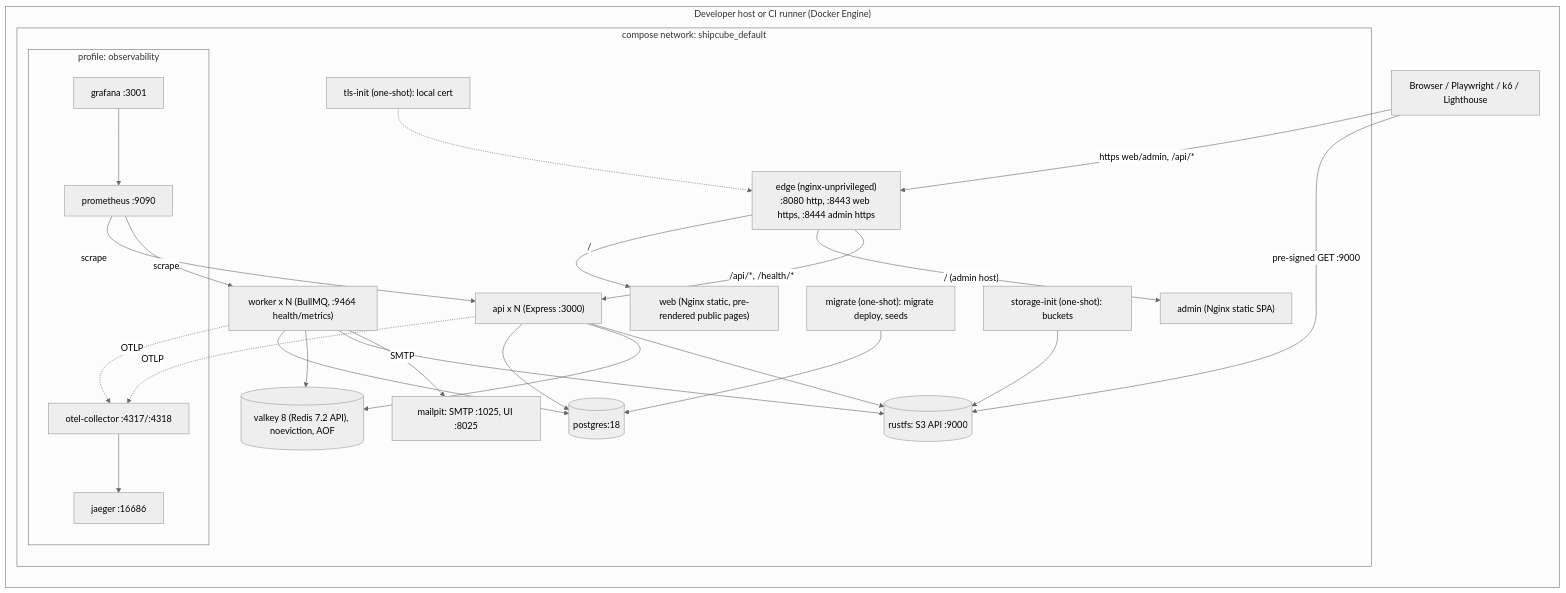
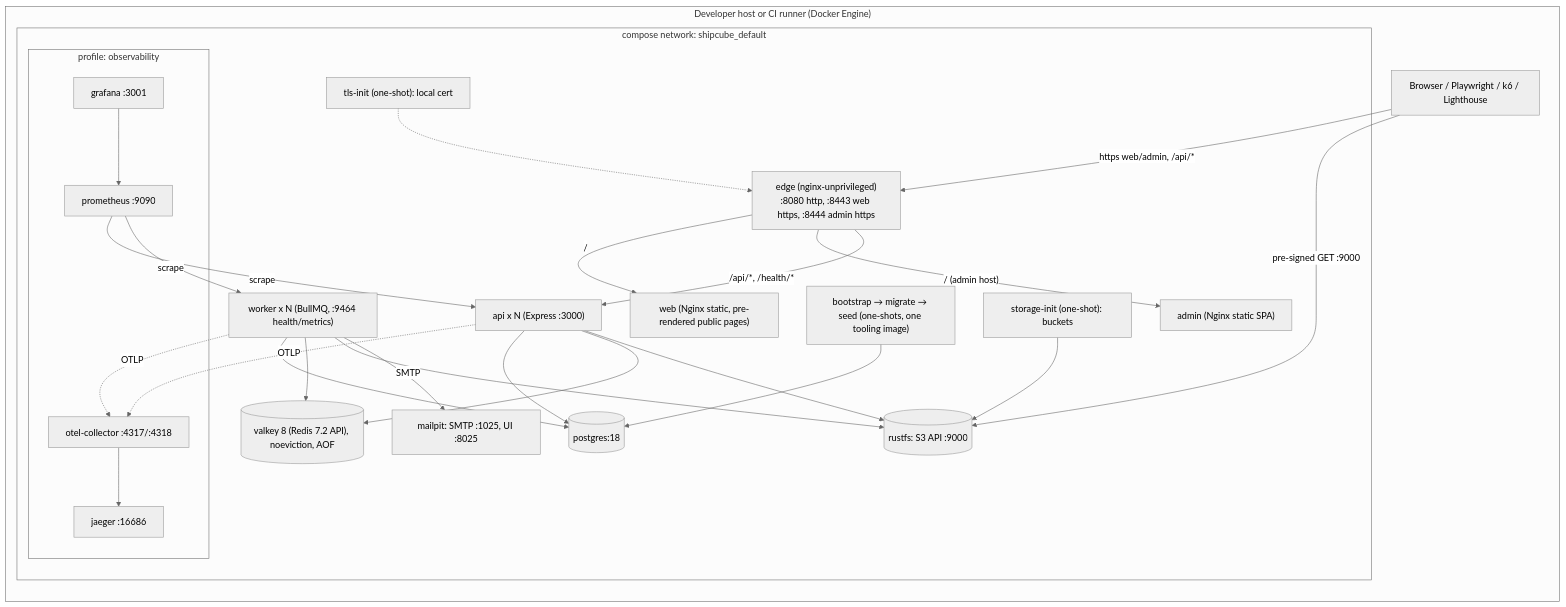
Before and after one commit to sukhchdit/shipcube: the first of 4 diagrams in docs/03-architecture/platform.md, drawn with Mermaid (neutral theme). The commit also changed other lines of this file and 10 other files, not shown here.

Commit message:
docs(architecture): TASK-014 image rulings (D-ARCH-116..118), OI-03/OI-08 resolved

````diff
--- a/docs/03-architecture/platform.md
+++ b/docs/03-architecture/platform.md
@@ -144,47 +147,47 @@
 ```mermaid
 flowchart LR
   subgraph HOST["Developer host or CI runner (Docker Engine)"]
     B["Browser / Playwright / k6 / Lighthouse"]
     subgraph NET["compose network: shipcube_default"]
       EDGE["edge (nginx-unprivileged)<br/>:8080 http, :8443 web https, :8444 admin https"]
       WEB["web (Nginx static, pre-rendered public pages)"]
       ADMIN["admin (Nginx static SPA)"]
       API["api x N (Express :3000)"]
       WRK["worker x N (BullMQ, :9464 health/metrics)"]
-      MIG["migrate (one-shot): migrate deploy, seeds"]
+      MIG["bootstrap → migrate → seed (one-shots, one tooling image)"]
       SINIT["storage-init (one-shot): buckets"]
       TLS["tls-init (one-shot): local cert"]
       PG[("postgres:18")]
       RD[("valkey 8 (Redis 7.2 API), noeviction, AOF")]
       S3[("rustfs: S3 API :9000")]
       MP["mailpit: SMTP :1025, UI :8025"]
       subgraph OBS["profile: observability"]
         OTC["otel-collector :4317/:4318"]
         JG["jaeger :16686"]
         PR["prometheus :9090"]
         GF["grafana :3001"]
       end
     end
   end
   B -->|"https web/admin, /api/*"| EDGE
   EDGE -->|"/"| WEB
   EDGE -->|"/ (admin host)"| ADMIN
   EDGE -->|"/api/*, /health/*"| API
   API --> PG
   API --> RD
   API --> S3
   WRK --> PG
   WRK --> RD
   WRK --> S3
   WRK -->|SMTP| MP
   MIG --> PG
   SINIT --> S3
   TLS -.-> EDGE
   API -.->|OTLP| OTC
   WRK -.->|OTLP| OTC
   OTC --> JG
   PR -->|scrape| API
   PR -->|scrape| WRK
   GF --> PR
   B -->|"pre-signed GET :9000"| S3
 ```
````
